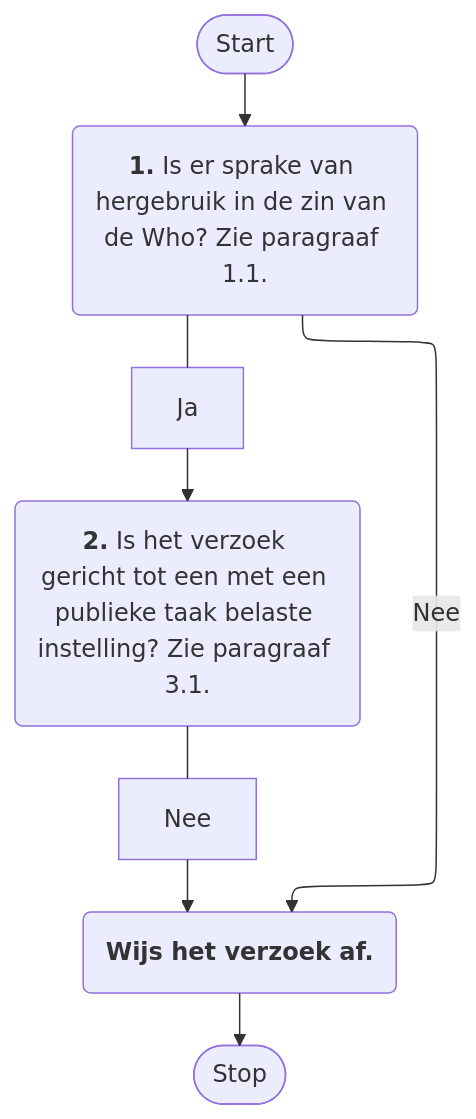
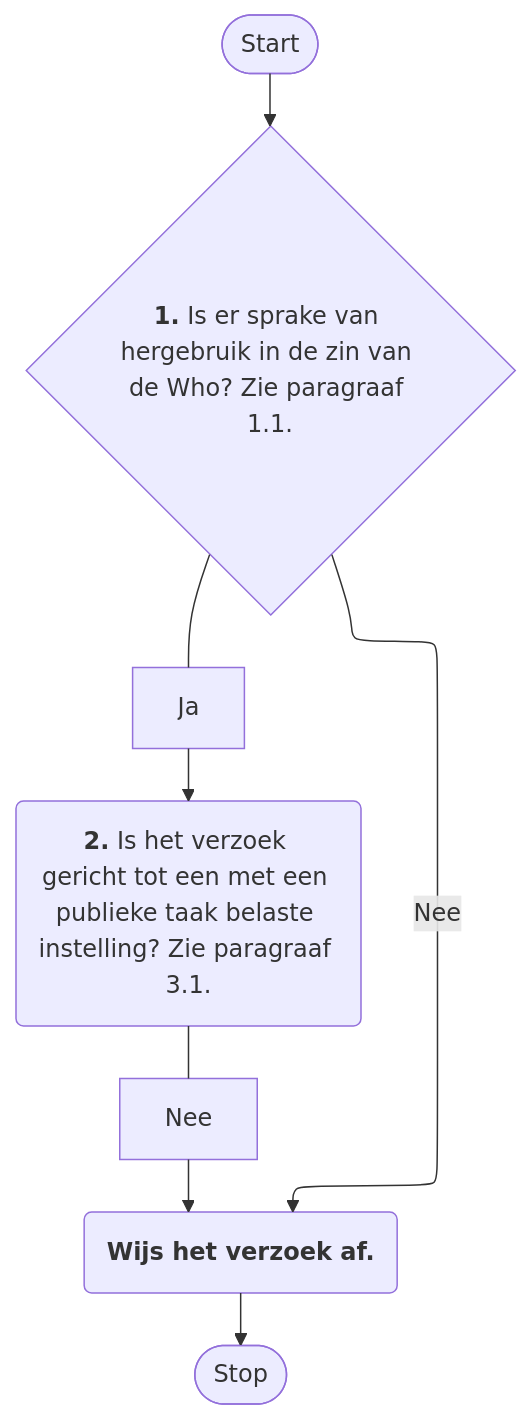
The second of 11 diagrams in mermaid.md (VNG-Realisatie/VNG-R-Respec-Template), drawn with Mermaid before and after one commit.

````diff
--- a/mermaid.md
+++ b/mermaid.md
@@ -64,9 +64,9 @@
 ```mermaid
 %%{init: {"flowchart": {"defaultRenderer": "elk"}} }%%
 graph TD
-    A([Start])---->B{"<b>1.</b> Is er sprakevan hergebruik in de zin van de Who? Zie paragraaf 1.1."}
+    A([Start])---->B{"<b>1.</b> Is er sprake van hergebruik in de zin van de Who? Zie paragraaf 1.1."}
     B{"<b>1.</b> Is er sprake van hergebruik in de zin van de Who? Zie paragraaf 1.1."}--Nee-->L("<b>Wijs het verzoek af.</b>")
-    B("<b>1.</b> Is er sprake van hergebruik in de zin van de Who? Zie paragraaf 1.1.")--- Ja --->C("<b>2.</b> Is het verzoek gericht tot een met een publieke taak belaste instelling? Zie paragraaf 3.1.")
+    B{"<b>1.</b> Is er sprake van hergebruik in de zin van de Who? Zie paragraaf 1.1."}--- Ja --->C("<b>2.</b> Is het verzoek gericht tot een met een publieke taak belaste instelling? Zie paragraaf 3.1.")
     C("<b>2.</b> Is het verzoek gericht tot een met een publieke taak belaste instelling? Zie paragraaf 3.1.")--- Nee --->L("<b>Wijs het verzoek af.</b>")
     L("<b>Wijs het verzoek af.</b>")---->M([Stop])
 ```
````
